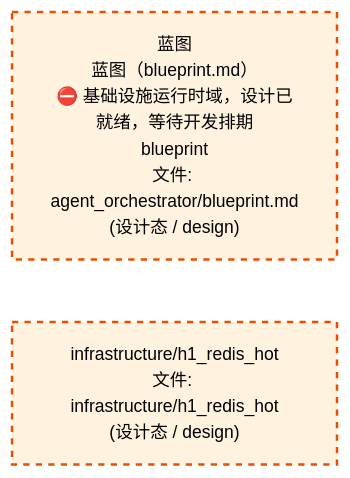
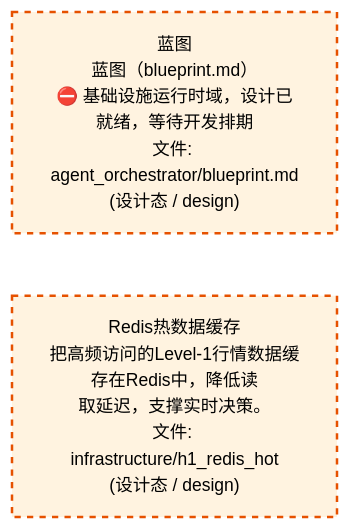
The third of 4 diagrams in docs/02_enterprise_architecture/02_domain_architecture_docs/06_d_infra_runtime.md (xuanFelixVan/ZephyrAlpha), drawn with Mermaid before and after one commit. The commit also changed other lines of this file and 60 other files, not shown here.

````diff
--- a/docs/02_enterprise_architecture/02_domain_architecture_docs/06_d_infra_runtime.md
+++ b/docs/02_enterprise_architecture/02_domain_architecture_docs/06_d_infra_runtime.md
@@ -1058,12 +1058,12 @@
 ```mermaid
 %%{init: {'theme': 'base', 'themeVariables': {'primaryColor': '#eaeaea', 'primaryTextColor': '#333333', 'primaryBorderColor': '#666666', 'lineColor': '#666666', 'secondaryColor': '#eaeaea', 'tertiaryColor': '#eaeaea', 'fontSize': '14px'}}}%%
 flowchart TD
-    docs_03_modules_cross_layer_agent_orchestrator_blueprint_md["蓝图<br/>蓝图（blueprint.md）<br/>⛔ 基础设施运行时域，设计已就绪，等待开发排期<br/>blueprint<br/>文件: agent_orchestrator/blueprint.md<br/>(设计态 / design)"]
-    src_zephyr_infrastructure_h1_redis_hot["infrastructure/h1_redis_hot<br/>文件: infrastructure/h1_redis_hot<br/>(设计态 / design)"]
+    docs_03_modules_cross_layer_agent_orchestrator_blueprint_md["蓝图<br/>蓝图（blueprint.md）<br/>⛔ 基础设施运行时域，设计已就绪，等待开发排期<br/>文件: agent_orchestrator/blueprint.md<br/>(设计态 / design)"]
+    src_zephyr_infrastructure_h1_redis_hot["Redis热数据缓存<br/>把高频访问的Level-1行情数据缓存在Redis中，降低读<br/>取延迟，支撑实时决策。<br/>文件: infrastructure/h1_redis_hot<br/>(设计态 / design)"]
     docs_03_modules_cross_layer_agent_orchestrator_blueprint_md ~~~ src_zephyr_infrastructure_h1_redis_hot
     classDef production fill:#e1f5fe,stroke:#01579b,stroke-width:2px,color:#000
     classDef design fill:#fff3e0,stroke:#e65100,stroke-width:2px,color:#000,stroke-dasharray: 5 5
     classDef external_prod fill:#e8f4fd,stroke:#0277bd,stroke-width:1px,color:#000
     classDef external_design fill:#fff8e7,stroke:#ef6c00,stroke-width:1px,color:#000,stroke-dasharray: 5 5
     class docs_03_modules_cross_layer_agent_orchestrator_blueprint_md,src_zephyr_infrastructure_h1_redis_hot design
 ```
````
